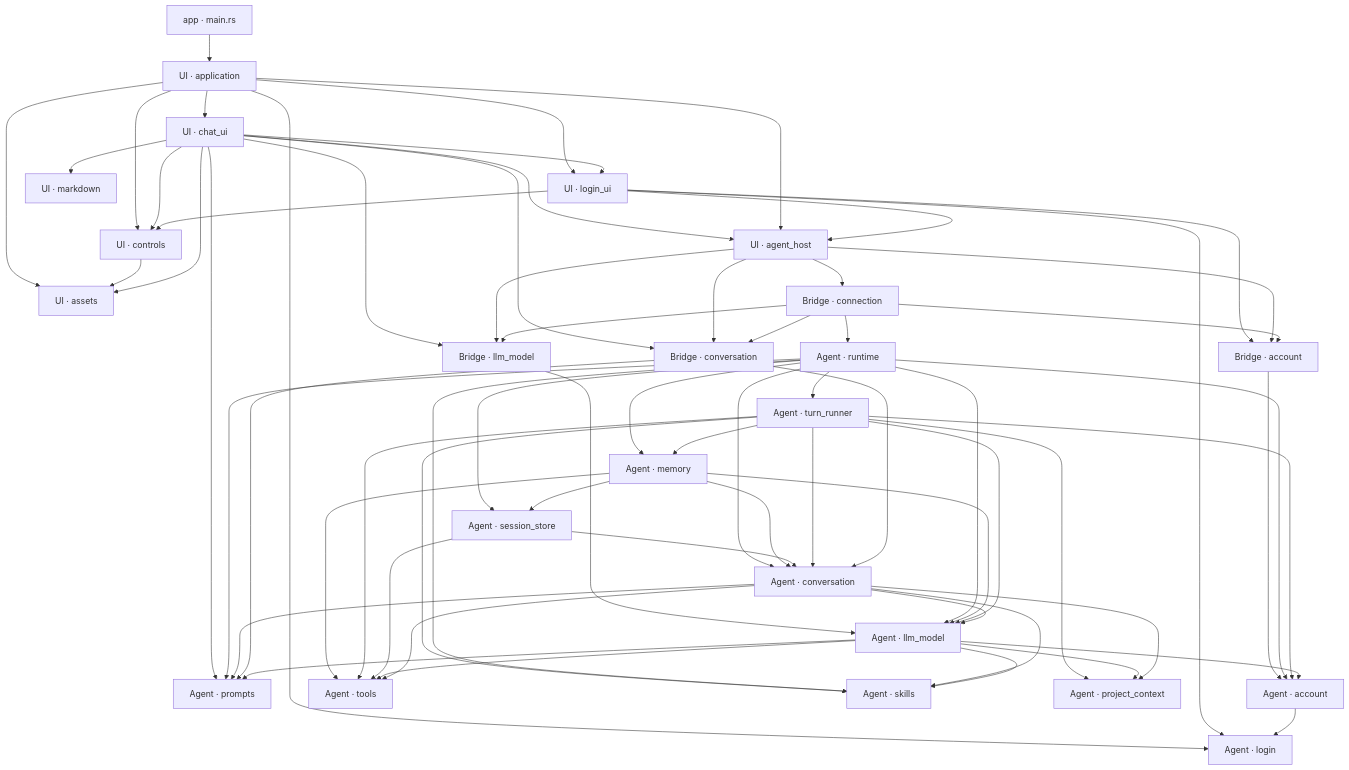
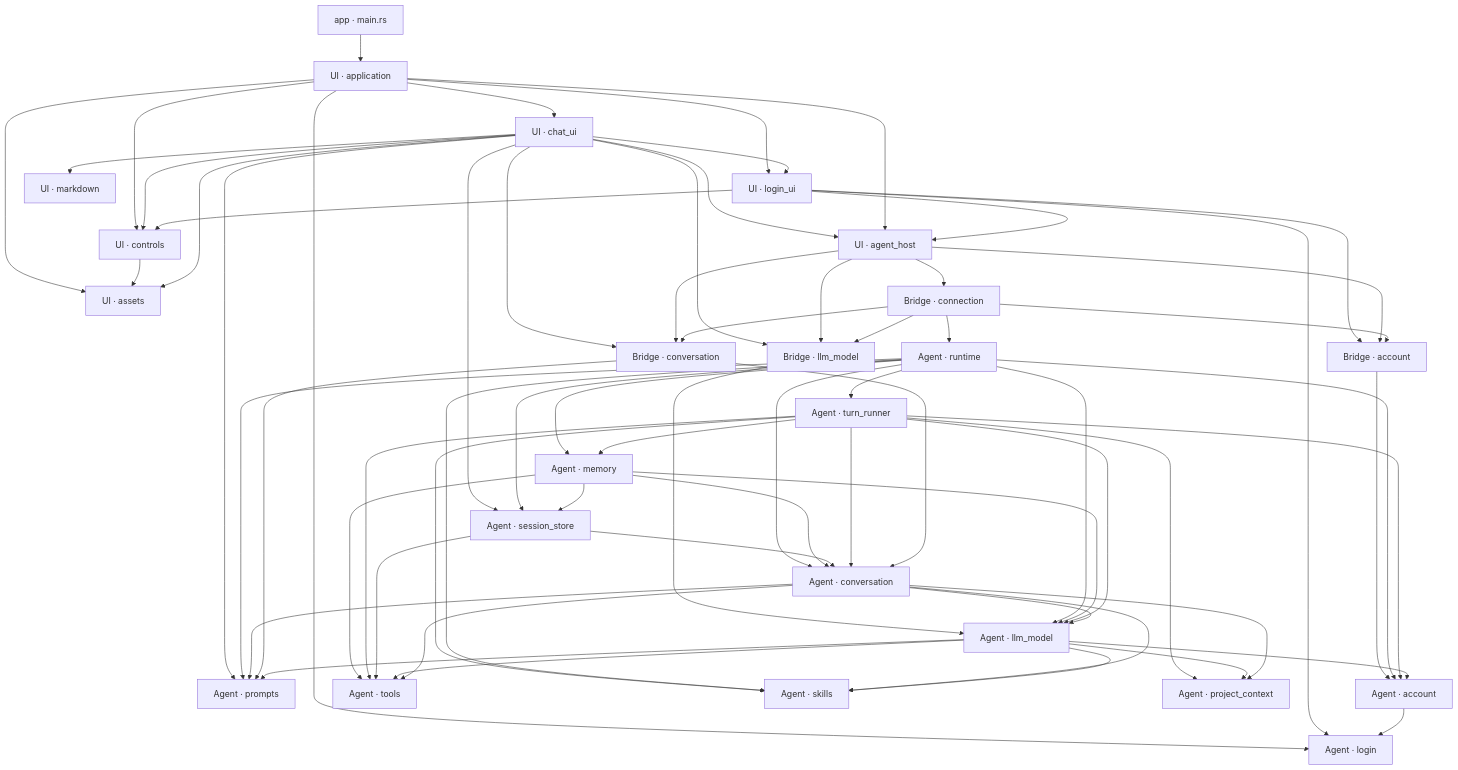
The first of 3 diagrams in docs/design/architecture.md (slc90/Agentelier), drawn with Mermaid before and after one commit. The commit also changed other lines of this file and 14 other files, not shown here.

````diff
--- a/docs/design/architecture.md
+++ b/docs/design/architecture.md
@@ -38,67 +38,68 @@
 ```mermaid
 flowchart TD
     Entry["app · main.rs"] --> App["UI · application"]
     App --> UI["UI · login_ui"]
     App --> Assets["UI · assets"]
     App --> Controls["UI · controls"]
     Controls --> Assets
     App --> Login["Agent · login"]
     UI --> Login
     App --> ChatUI["UI · chat_ui"]
     ChatUI --> Markdown["UI · markdown"]
     ChatUI --> UI
     ChatUI --> Controls
     UI --> Controls
     ChatUI --> Host
     App --> Host["UI · agent_host"]
     UI --> Host
     Host --> Connection["Bridge · connection"]
     UI --> AccountBridge["Bridge · account"]
     ChatUI --> ModelBridge["Bridge · llm_model"]
     ChatUI --> ConversationBridge["Bridge · conversation"]
     ChatUI --> Prompts["Agent · prompts"]
+    ChatUI --> SessionStore
     ChatUI --> Assets
     Host --> AccountBridge
     Host --> ModelBridge
     Host --> ConversationBridge
     Connection --> Runtime["Agent · runtime"]
     Connection --> AccountBridge
     Connection --> ModelBridge
     Connection --> ConversationBridge
     AccountBridge --> Account["Agent · account"]
     ModelBridge --> Model["Agent · llm_model"]
     Runtime --> Account
     Runtime --> Model
     Runtime --> Conversation["Agent · conversation"]
     Runtime --> SessionStore["Agent · session_store"]
     Runtime --> Memory["Agent · memory"]
     Runtime --> Prompts
     Memory --> SessionStore
     Memory --> Conversation
     Memory --> Model
     Memory --> Tools
     SessionStore --> Conversation
     Runtime --> Runner["Agent · turn_runner"]
     Runner --> Conversation
     Runner --> Skills["Agent · skills"]
     Runtime --> Skills
     Conversation --> Skills
     Runner --> ProjectContext["Agent · project_context"]
     Runner --> Model
     Runner --> Memory
     Runner --> Account
     Runner --> Tools["Agent · tools"]
     SessionStore --> Tools
     Model --> Skills
     Model --> ProjectContext
     Model --> Tools
     Conversation --> Tools
     Conversation --> Model
     Conversation --> Prompts
     Conversation --> ProjectContext
     ConversationBridge --> Conversation
     ConversationBridge --> Prompts
     Model --> Prompts
     Model --> Account
     Account --> Login
 ```
````
